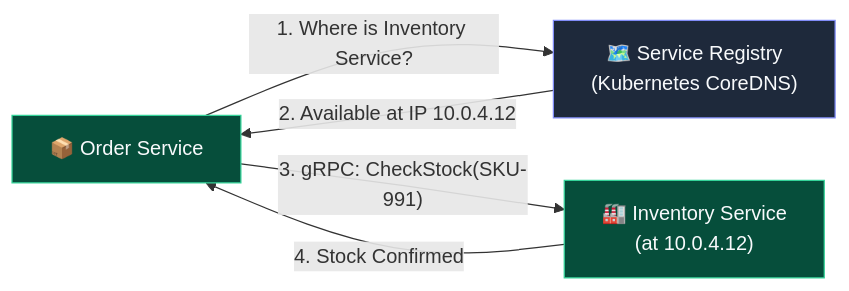
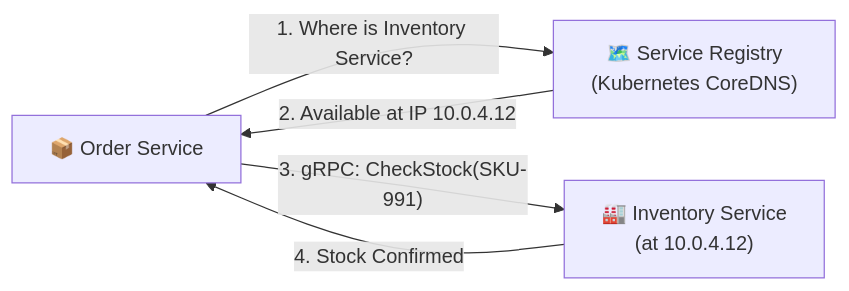
Before and after one commit to AkmKawser/System-Design: diagram 16 of 50 in topics/0.FUNDAMENTALS/API Architecture and Design/output/Note_version-1_API_Architecture_and_Design/API_Architecture_and_Design.md, drawn with Mermaid. The commit also changed other lines of this file and 6 other files, not shown here.

Commit message:
fix(diagrams): remove dark fills and rects to ensure full visibility on GitHub light theme

````diff
--- a/topics/0.FUNDAMENTALS/API Architecture and Design/output/Note_version-1_API_Architecture_and_Design/API_Architecture_and_Design.md
+++ b/topics/0.FUNDAMENTALS/API Architecture and Design/output/Note_version-1_API_Architecture_and_Design/API_Architecture_and_Design.md
@@ -749,12 +672,7 @@
 ```mermaid
 flowchart LR
     OrderSvc["📦 Order Service"] -->|"1. Where is Inventory Service?"| Registry["🗺️ Service Registry\n(Kubernetes CoreDNS)"]
     Registry -->|"2. Available at IP 10.0.4.12"| OrderSvc
     OrderSvc -->|"3. gRPC: CheckStock(SKU-991)"| InvSvc["🏭 Inventory Service\n(at 10.0.4.12)"]
     InvSvc -->|"4. Stock Confirmed"| OrderSvc
-
-    classDef svc fill:#064e3b,stroke:#34d399,stroke-width:1px,color:#f8fafc;
-    classDef reg fill:#1e293b,stroke:#818cf8,stroke-width:1px,color:#f8fafc;
-    class OrderSvc,InvSvc svc;
-    class Registry reg;
 ```
````
